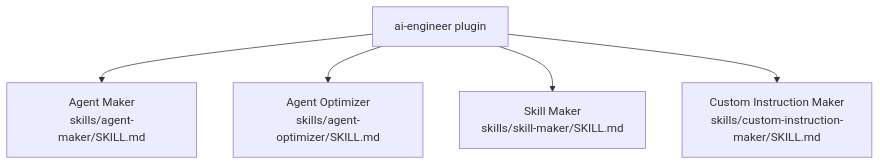
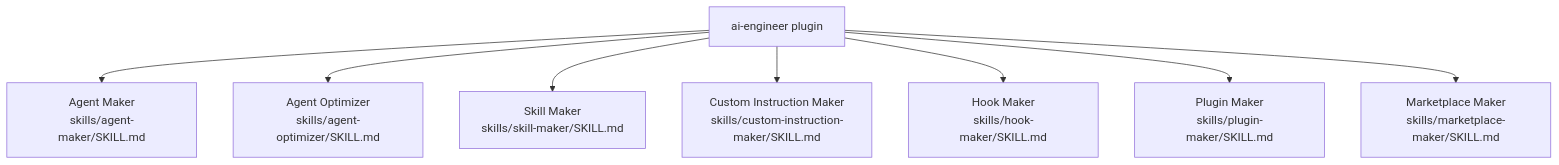
One commit to dimpletz/prompts-collection changed the diagram in plugins/ai-engineer/README.md. Above: the diagram before and after it, drawn with Mermaid. The commit also changed other lines of this file and 10 other files, not shown here.

First line of the commit message:
feat(ai-engineer): add hook-maker, plugin-maker, and marketplace-maker skills (v1.2.0) (#5)

````diff
--- a/plugins/ai-engineer/README.md
+++ b/plugins/ai-engineer/README.md
@@ -26,8 +29,11 @@
 ```mermaid
 graph TD
     A[ai-engineer plugin]
     A --> B[Agent Maker\nskills/agent-maker/SKILL.md]
     A --> C[Agent Optimizer\nskills/agent-optimizer/SKILL.md]
     A --> D[Skill Maker\nskills/skill-maker/SKILL.md]
     A --> E[Custom Instruction Maker\nskills/custom-instruction-maker/SKILL.md]
+    A --> F[Hook Maker\nskills/hook-maker/SKILL.md]
+    A --> G[Plugin Maker\nskills/plugin-maker/SKILL.md]
+    A --> H[Marketplace Maker\nskills/marketplace-maker/SKILL.md]
 ```
````
